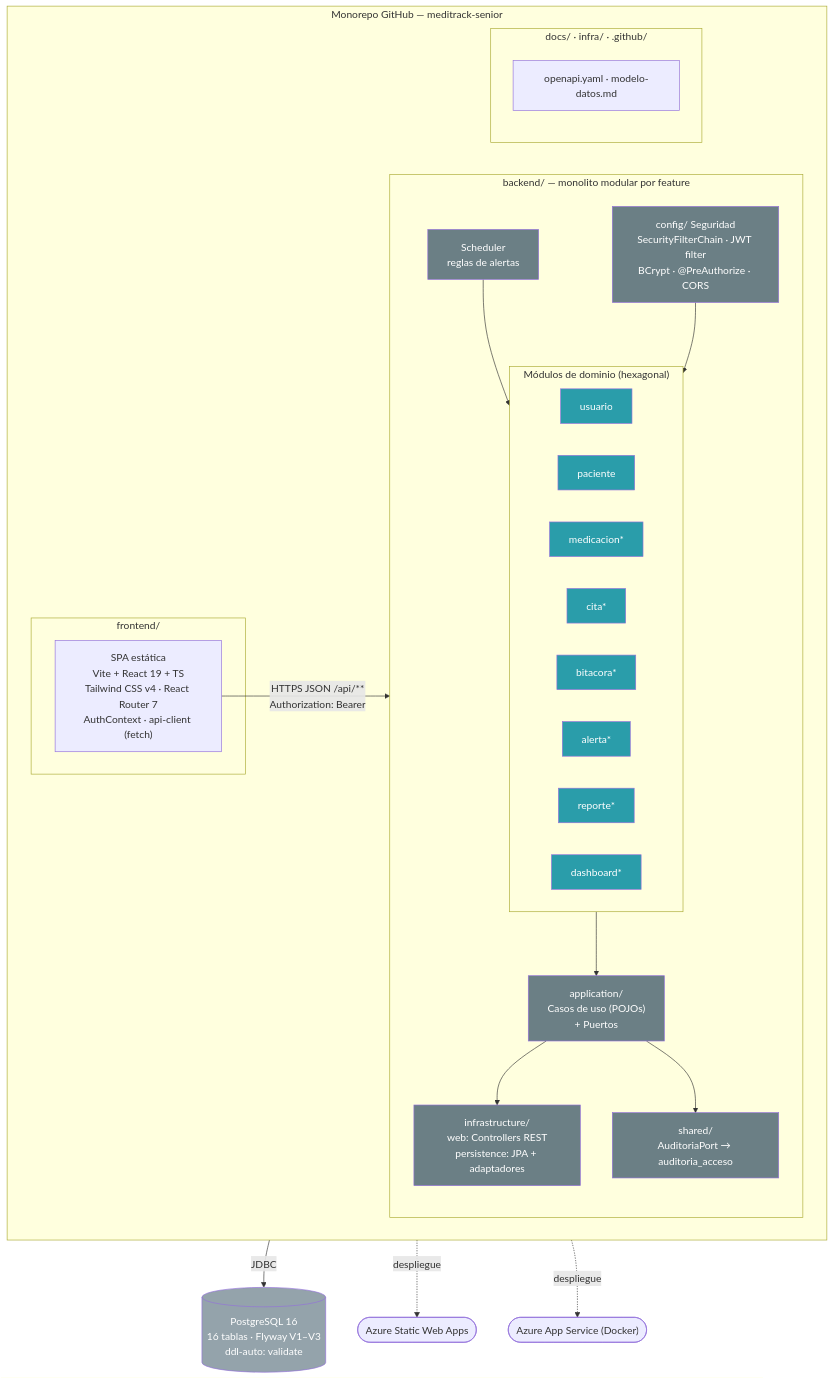
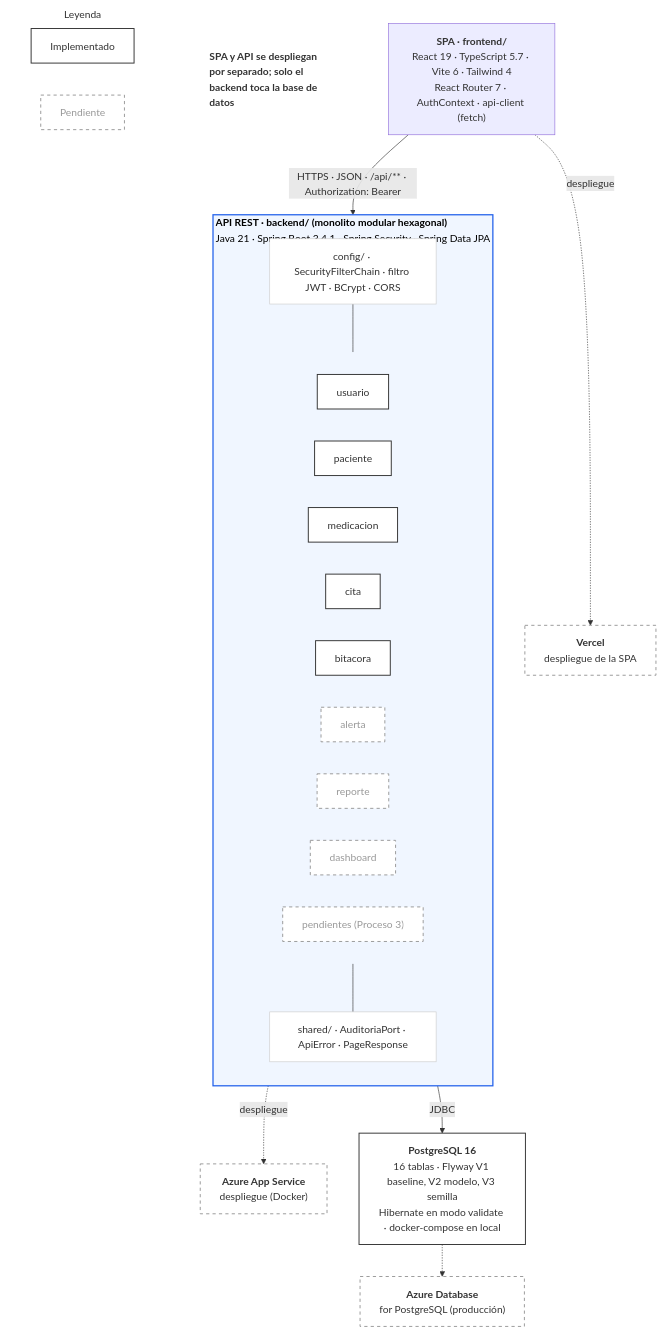
One commit to MiguelMontenegroG/meditrack-senior changed the diagram in docs/diagramas/02-container.mmd. Above: the diagram before and after it, drawn with Mermaid. The commit also changed 36 other files, not shown here.

```diff
--- a/docs/diagramas/02-container.mmd
+++ b/docs/diagramas/02-container.mmd
@@ -1,50 +1,76 @@
-flowchart TB
-    subgraph Monorepo["Monorepo GitHub — meditrack-senior"]
-        direction LR
-        subgraph FE["frontend/"]
-            SPA["SPA estática<br/>Vite + React 19 + TS<br/>Tailwind CSS v4 · React Router 7<br/>AuthContext · api-client (fetch)"]
-        end
-        subgraph BE["backend/ — monolito modular por feature"]
-            direction TB
-            SEC["config/ Seguridad<br/>SecurityFilterChain · JWT filter<br/>BCrypt · @PreAuthorize · CORS"]
-            subgraph MODS["Módulos de dominio (hexagonal)"]
-                direction LR
-                M1["usuario"]
-                M2["paciente"]
-                M3["medicacion*"]
-                M4["cita*"]
-                M5["bitacora*"]
-                M6["alerta*"]
-                M7["reporte*"]
-                M8["dashboard*"]
-            end
-            APP["application/<br/>Casos de uso (POJOs)<br/>+ Puertos"]
-            INF["infrastructure/<br/>web: Controllers REST<br/>persistence: JPA + adaptadores"]
-            SCH["Scheduler<br/>reglas de alertas"]
-            AUD["shared/<br/>AuditoriaPort → auditoria_acceso"]
-        end
-        subgraph DOCS["docs/ · infra/ · .github/"]
-            D1["openapi.yaml · modelo-datos.md"]
-        end
-    end
+flowchart TD
+%% Título / Nota principal
+    Title["<b>SPA y API se despliegan por separado; solo el backend toca la base de datos</b>"]
+    style Title fill:none,stroke:none,font-size:16px,text-align:left
 
-    DB[("PostgreSQL 16<br/>16 tablas · Flyway V1–V3<br/>ddl-auto: validate")]
-    SWA(["Azure Static Web Apps"])
-    APPSVC(["Azure App Service (Docker)"])
+%% --- FRONTEND ---
+    SPA["<b>SPA · frontend/</b><br>React 19 · TypeScript 5.7 · Vite 6 · Tailwind 4<br>React Router 7 · AuthContext · api-client (fetch)"]
 
-    SPA -->|"HTTPS JSON /api/**<br/>Authorization: Bearer"| SEC
-    SEC --> MODS
-    MODS --> APP
-    APP --> INF
-    SCH --> M6
-    APP --> AUD
-    INF -->|"JDBC"| DB
-    SPA -. "despliegue" .-> SWA
-    BE -. "despliegue" .-> APPSVC
+    Vercel["<b>Vercel</b><br>despliegue de la SPA"]
+    style Vercel fill:#fff,stroke:#999,stroke-width:1.5px,stroke-dasharray: 5 5
 
-    classDef mod fill:#2a9daa,color:#fff;
-    classDef infra fill:#6b7f85,color:#fff;
-    classDef ext fill:#94a3ab,color:#fff;
-    class M1,M2,M3,M4,M5,M6,M7,M8 mod;
-    class SEC,APP,INF,SCH,AUD infra;
-    class DB ext;
+    SPA -.->|"despliegue"| Vercel
+
+%% --- BACKEND ---
+subgraph Backend["<b>API REST · backend/ (monolito modular hexagonal)</b><br>Java 21 · Spring Boot 3.4.1 · Spring Security · Spring Data JPA"]
+direction TB
+
+Config["config/ · SecurityFilterChain · filtro JWT · BCrypt · CORS"]
+
+subgraph Modulos[" "]
+direction LR
+M1["usuario"]:::implementado
+M2["paciente"]:::implementado
+M3["medicacion"]:::implementado
+M4["cita"]:::implementado
+M5["bitacora"]:::implementado
+
+M6["alerta"]:::pendiente
+M7["reporte"]:::pendiente
+M8["dashboard"]:::pendiente
+M9["pendientes (Proceso 3)"]:::pendiente
+end
+
+Shared["shared/ · AuditoriaPort · ApiError · PageResponse"]
+
+%% Conexiones internas
+Config --- Modulos
+Modulos --- Shared
+end
+
+%% Estilo del contenedor Backend
+style Backend fill:#f0f6ff,stroke:#2563eb,stroke-width:2px,color:#000
+style Modulos fill:none,stroke:none
+style Config fill:#fff,stroke:#ccc,stroke-width:1px
+style Shared fill:#fff,stroke:#ccc,stroke-width:1px
+
+%% Conexión Frontend -> Backend
+SPA -->|"HTTPS · JSON · /api/** · Authorization: Bearer"| Backend
+
+AppService["<b>Azure App Service</b><br>despliegue (Docker)"]
+style AppService fill:#fff,stroke:#999,stroke-width:1.5px,stroke-dasharray: 5 5
+
+Backend -.->|"despliegue"| AppService
+
+%% --- BASE DE DATOS ---
+DB["<b>PostgreSQL 16</b><br>16 tablas · Flyway V1 baseline, V2 modelo, V3 semilla<br>Hibernate en modo validate · docker-compose en local"]
+style DB fill:#fff,stroke:#333,stroke-width:1.5px
+
+Backend -->|"JDBC"| DB
+
+AzureDB["<b>Azure Database</b><br>for PostgreSQL (producción)"]
+style AzureDB fill:#fff,stroke:#999,stroke-width:1.5px,stroke-dasharray: 5 5
+
+DB -.-> AzureDB
+
+%% --- LEYENDA ---
+subgraph Leyenda["Leyenda"]
+direction LR
+L1["Implementado"]:::implementado
+L2["Pendiente"]:::pendiente
+end
+style Leyenda fill:none,stroke:none
+
+%% --- DEFINICIÓN DE CLASES ---
+classDef implementado fill:#fff,stroke:#333,stroke-width:1.5px,color:#333;
+classDef pendiente fill:#fff,stroke:#999,stroke-width:1.5px,stroke-dasharray: 5 5,color:#999;
```
